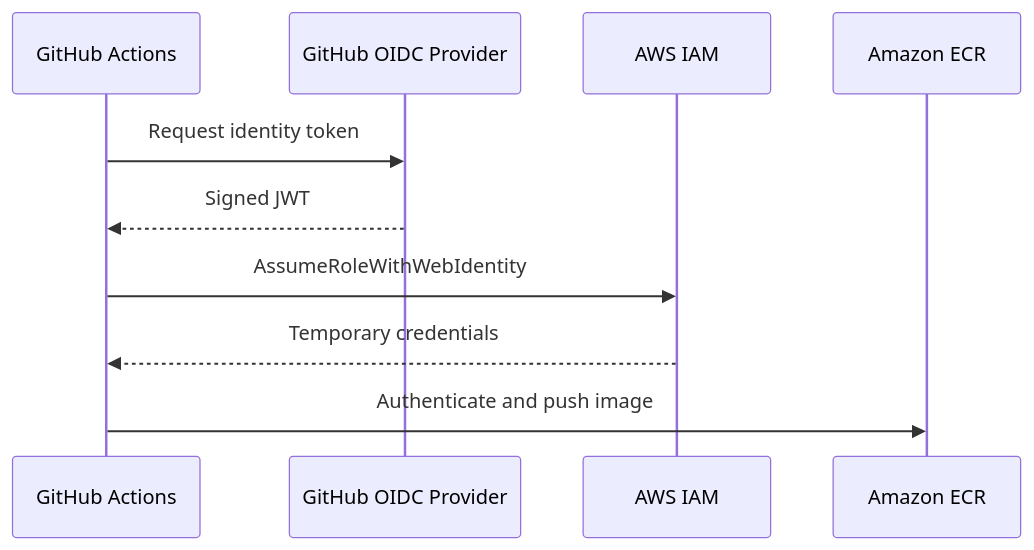
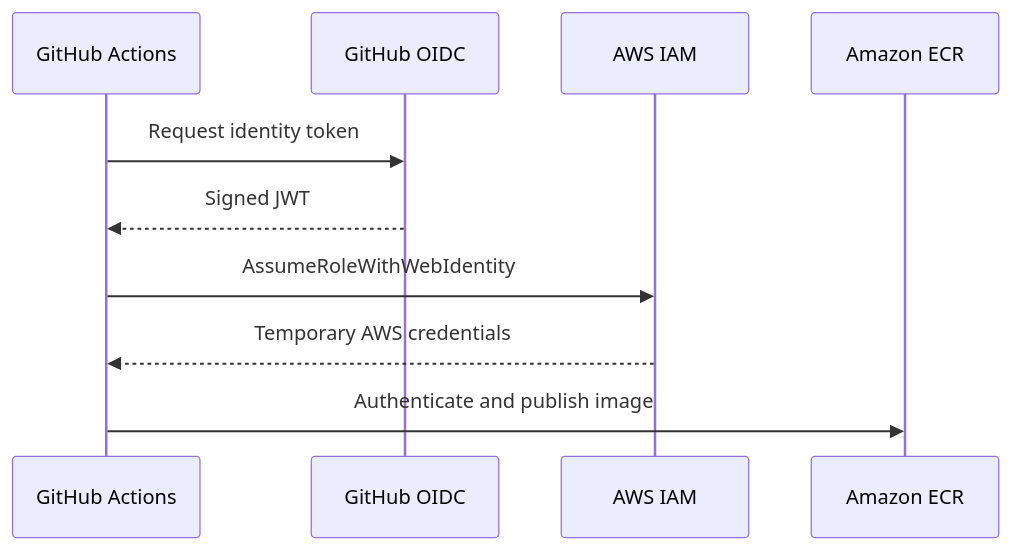
One commit to Siddhiayare03/cloud-cicd-platform changed the second of 3 diagrams in README.md. Above: the diagram before and after it, drawn with Mermaid. The commit also changed other lines of this file, not shown here.

````diff
--- a/README.md
+++ b/README.md
@@ -267,12 +315,13 @@
 ```mermaid
 sequenceDiagram
-    participant GA as GitHub Actions
-    participant OIDC as GitHub OIDC Provider
-    participant IAM as AWS IAM
-    participant ECR as Amazon ECR
-    GA->>OIDC: Request identity token
-    OIDC-->>GA: Signed JWT
-    GA->>IAM: AssumeRoleWithWebIdentity
-    IAM-->>GA: Temporary credentials
-    GA->>ECR: Authenticate and push image
+    participant G as GitHub Actions
+    participant O as GitHub OIDC
+    participant I as AWS IAM
+    participant E as Amazon ECR
+
+    G->>O: Request identity token
+    O-->>G: Signed JWT
+    G->>I: AssumeRoleWithWebIdentity
+    I-->>G: Temporary AWS credentials
+    G->>E: Authenticate and publish image
 ```
````
